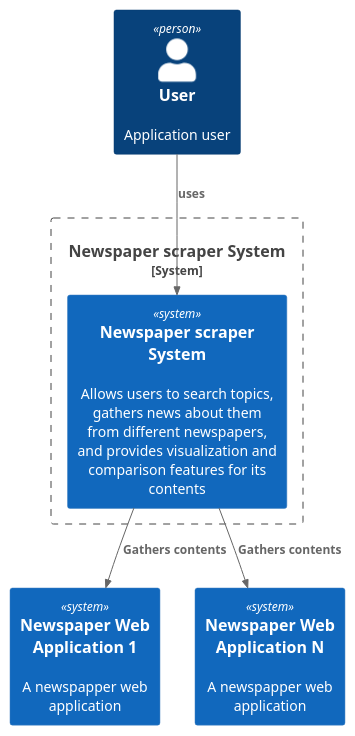
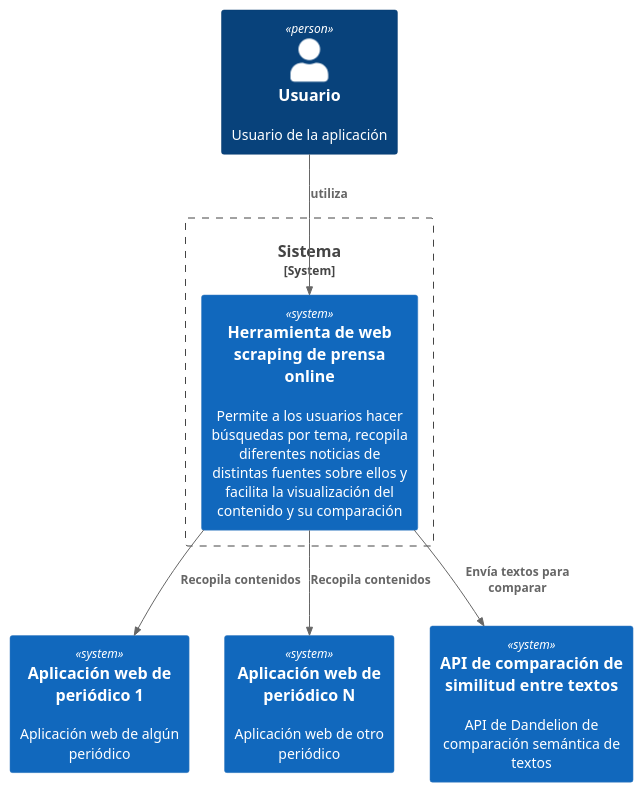
The diagram in docs/diagrams/src/system_context.puml (afsanchez1/contrast_app), drawn with PlantUML before and after one commit. The commit also changed 2 other files, not shown here.

Commit message:
Component diagram added

```diff
--- a/docs/diagrams/src/system_context.puml
+++ b/docs/diagrams/src/system_context.puml
@@ -1,16 +1,17 @@
 @startuml system_context
 !include <C4/C4_Container>
 
-Person(User, "User", "Application user")
-System_Boundary(SysBound, "Newspaper scraper System") {
-  System(WebApp, "Newspaper scraper System", "Allows users to search topics, gathers news about them from different newspapers, and provides visualization and comparison features for its contents")
+Person(User, "Usuario", "Usuario de la aplicación")
+System_Boundary(SysBound, "Sistema") {
+  System(MyTool, "Herramienta de web scraping de prensa online","Permite a los usuarios hacer búsquedas por tema, recopila diferentes noticias de distintas fuentes sobre ellos y facilita la visualización del contenido y su comparación")
+}
+System(NewsWebApp1, "Aplicación web de periódico 1", "Aplicación web de algún periódico")
+System(NewsWebApp2, "Aplicación web de periódico N", "Aplicación web de otro periódico")
+System(DandelionAPI, "API de comparación de similitud entre textos", "API de Dandelion de comparación semántica de textos")
 
-}
-System(NewsWebApp1, "Newspaper Web Application 1", "A newspapper web application")
-System(NewsWebApp2, "Newspaper Web Application N", "A newspapper web application")
-
-Rel(User, WebApp, "uses")
-Rel(WebApp, NewsWebApp1, "Gathers contents")
-Rel(WebApp, NewsWebApp2, "Gathers contents")
+Rel(User, MyTool, "utiliza")
+Rel(MyTool, NewsWebApp1, "Recopila contenidos")
+Rel(MyTool, NewsWebApp2, "Recopila contenidos")
+Rel(MyTool, DandelionAPI, "Envía textos para comparar")
 
 @enduml
```
